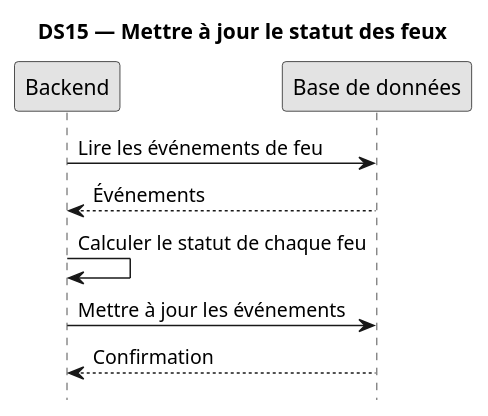
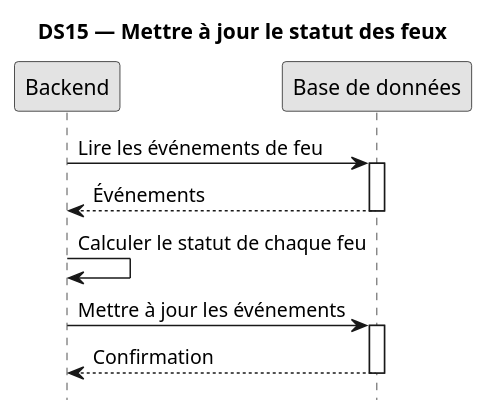
Before and after one commit to TkAbeleon/NoteAcemiqueProjetSoutenanceL3: the diagram in UML_JeryMotro/DS15_Mettre_a_jour_statut_feux.plantuml, drawn with PlantUML. The commit also changed 17 other files, not shown here.

Commit message:
style(DS): standardiser les activations UML

```diff
--- a/UML_JeryMotro/DS15_Mettre_a_jour_statut_feux.plantuml
+++ b/UML_JeryMotro/DS15_Mettre_a_jour_statut_feux.plantuml
@@ -1,17 +1,21 @@
 @startuml
 skinparam monochrome true
 
 title DS15 — Mettre à jour le statut des feux
 hide footbox
 skinparam shadowing false
 
 participant "Backend" as B
 participant "Base de données" as DB
 
 B -> DB : Lire les événements de feu
+activate DB
 DB --> B : Événements
+deactivate DB
 B -> B : Calculer le statut de chaque feu
 B -> DB : Mettre à jour les événements
+activate DB
 DB --> B : Confirmation
+deactivate DB
 
 @enduml
```
